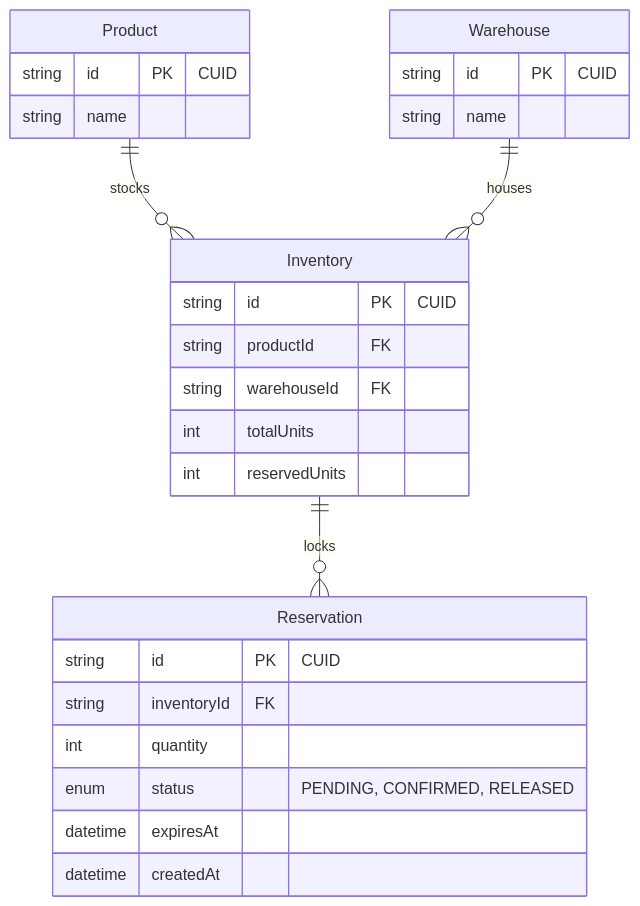
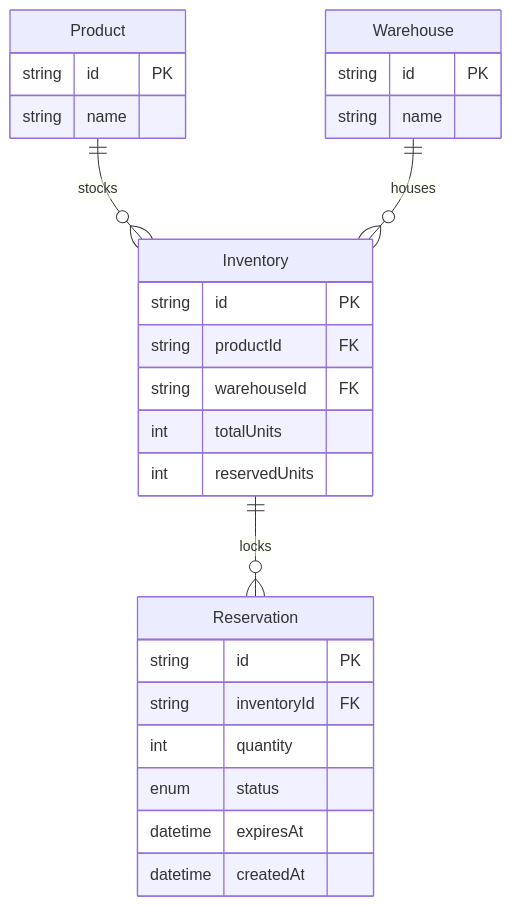
Before and after one commit to roopganesh21/allo-reservation-system: the diagram in README.md, drawn with Mermaid. The commit also changed other lines of this file, not shown here.

````diff
--- a/README.md
+++ b/README.md
@@ -21,30 +32,30 @@
 ```mermaid
 erDiagram
     Product ||--o{ Inventory : stocks
     Warehouse ||--o{ Inventory : houses
     Inventory ||--o{ Reservation : locks
     
     Product {
-        string id PK "CUID"
+        string id PK
         string name
     }
     Warehouse {
-        string id PK "CUID"
+        string id PK
         string name
     }
     Inventory {
-        string id PK "CUID"
+        string id PK
         string productId FK
         string warehouseId FK
         int totalUnits
         int reservedUnits
     }
     Reservation {
-        string id PK "CUID"
+        string id PK
         string inventoryId FK
         int quantity
-        enum status "PENDING, CONFIRMED, RELEASED"
+        enum status
         datetime expiresAt
         datetime createdAt
     }
 ```
````
